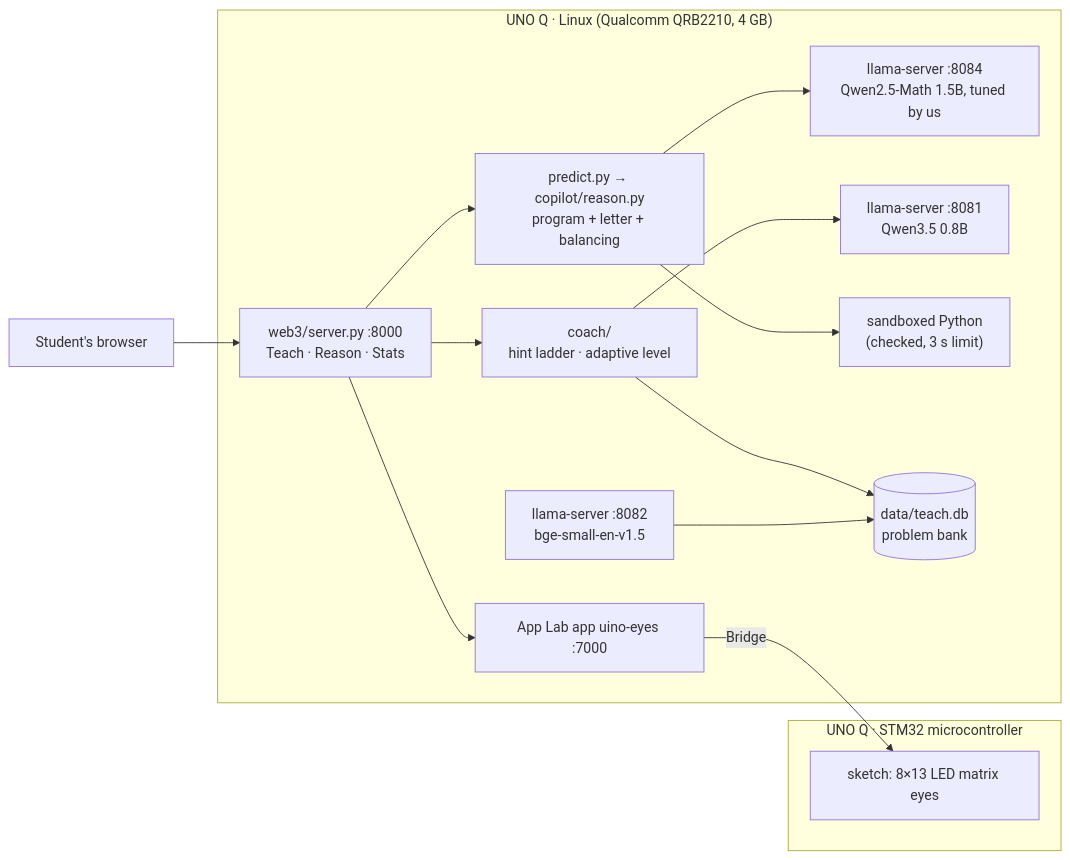
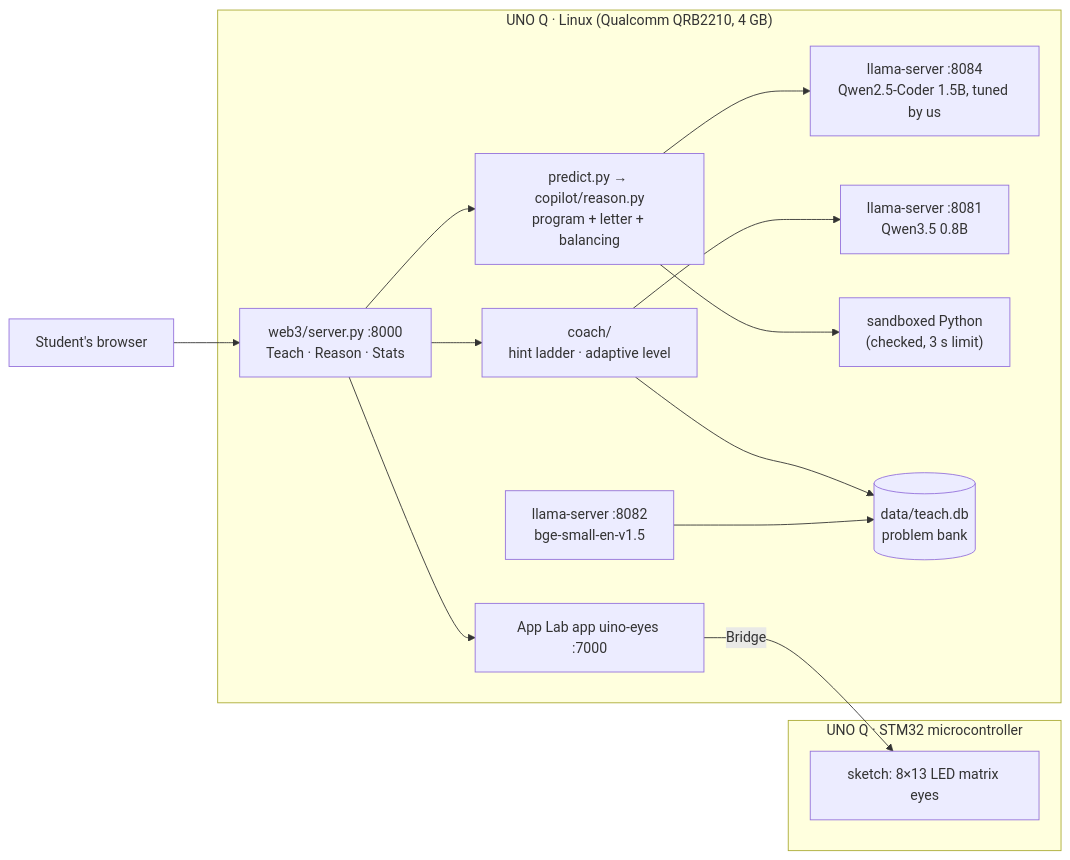
The diagram in README.md (u215231/datathon-UPC-maths-qualcomm-arduino-unoq), drawn with Mermaid before and after one commit. The commit also changed other lines of this file and 16 other files, not shown here.

````diff
--- a/README.md
+++ b/README.md
@@ -16,24 +14,24 @@
 ```mermaid
 flowchart LR
   subgraph Linux["UNO Q · Linux (Qualcomm QRB2210, 4 GB)"]
     WEB["web3/server.py :8000<br/>Teach · Reason · Stats"]
     COACH["coach/<br/>hint ladder · adaptive level"]
     PRED["predict.py → copilot/reason.py<br/>program + letter + balancing"]
-    MATH["llama-server :8084<br/>Qwen2.5-Math 1.5B, tuned by us"]
+    MATH["llama-server :8084<br/>Qwen2.5-Coder 1.5B, tuned by us"]
     LLM["llama-server :8081<br/>Qwen3.5 0.8B"]
     EMB["llama-server :8082<br/>bge-small-en-v1.5"]
     SBX["sandboxed Python<br/>(checked, 3 s limit)"]
     BANK[("data/teach.db<br/>problem bank")]
     EYESAPP["App Lab app uino-eyes :7000"]
   end
   subgraph MCU["UNO Q · STM32 microcontroller"]
     EYES["sketch: 8×13 LED matrix eyes"]
   end
   Browser["Student's browser"] --> WEB
   WEB --> COACH --> BANK
   COACH --> LLM
   WEB --> PRED --> MATH
   PRED --> SBX
   EMB --> BANK
   WEB --> EYESAPP -- "Bridge" --> EYES
 ```
````
